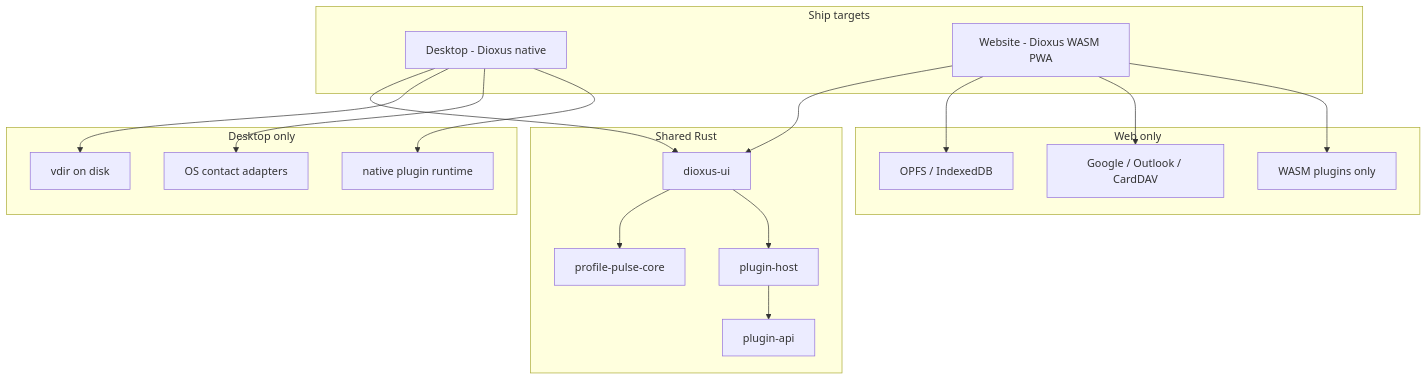
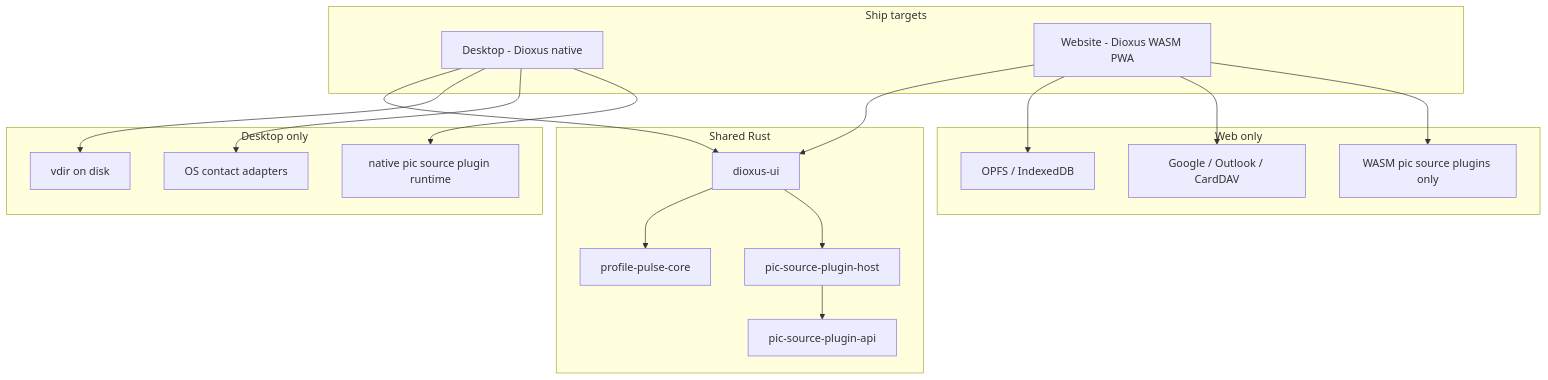
The diagram in docs/superpowers/specs/2026-08-22-rewrite-architecture-design.md (MRDGH2821/Profile-Pulse), drawn with Mermaid before and after one commit. The commit also changed other lines of this file and 2 other files, not shown here.

First line of the commit message:
docs: clarify profile pic source plugin naming

````diff
--- a/docs/superpowers/specs/2026-08-22-rewrite-architecture-design.md
+++ b/docs/superpowers/specs/2026-08-22-rewrite-architecture-design.md
@@ -44,38 +45,38 @@
 ```mermaid
 flowchart TB
   subgraph targets [Ship targets]
     D[Desktop - Dioxus native]
     W[Website - Dioxus WASM PWA]
   end
 
   subgraph shared [Shared Rust]
     UI[dioxus-ui]
     Core[profile-pulse-core]
-    API[plugin-api]
-    Host[plugin-host]
+    API[pic-source-plugin-api]
+    Host[pic-source-plugin-host]
   end
 
   subgraph desktop_only [Desktop only]
     VdirFS[vdir on disk]
     OSSync[OS contact adapters]
-    NativeRT[native plugin runtime]
+    NativeRT[native pic source plugin runtime]
   end
 
   subgraph web_only [Web only]
     OPFS[OPFS / IndexedDB]
     CloudOnly[Google / Outlook / CardDAV]
-    WasmOnly[WASM plugins only]
+    WasmOnly[WASM pic source plugins only]
   end
 
   D --> UI
   W --> UI
   UI --> Core
   UI --> Host
   Host --> API
   D --> VdirFS
   D --> OSSync
   D --> NativeRT
   W --> OPFS
   W --> CloudOnly
   W --> WasmOnly
 ```
````
